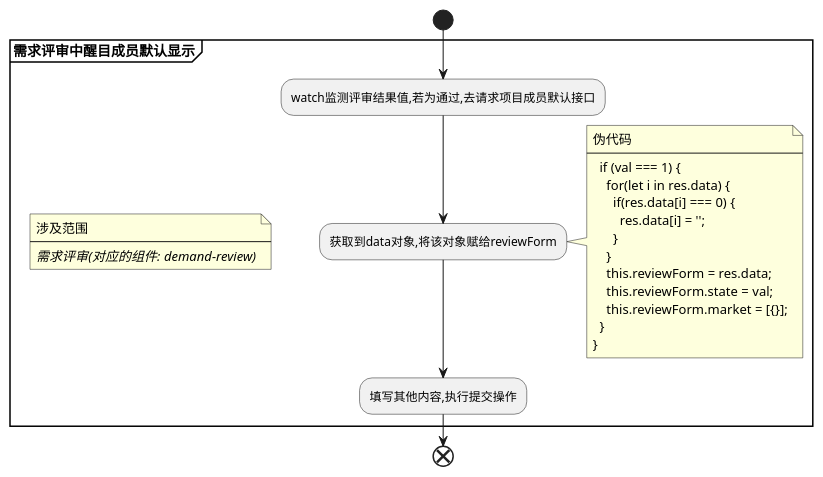
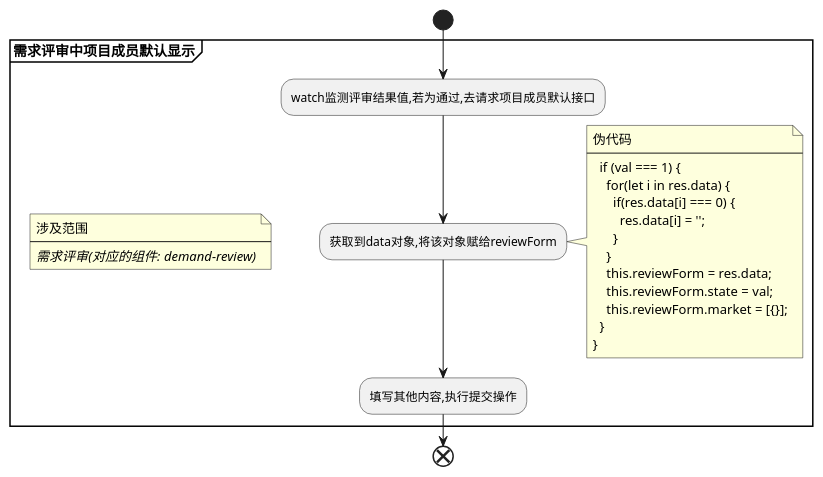
The first of 5 diagrams in docs/diagram/oct-demand.puml (futurekidult/product), drawn with PlantUML before and after one commit.

Commit message:
fix: update content

```diff
--- a/docs/diagram/oct-demand.puml
+++ b/docs/diagram/oct-demand.puml
@@ -1,31 +1,31 @@
 @startuml
 start
-partition **需求评审中醒目成员默认显示** {
+partition **需求评审中项目成员默认显示** {
   note
     涉及范围
     ----
     //需求评审(对应的组件: demand-review)//
   end note
 
   :watch监测评审结果值,若为通过,去请求项目成员默认接口;
   :获取到data对象,将该对象赋给reviewForm;
   note right
     伪代码
     ----
      'reviewForm.state'(val) {
       if (val === 1) {
         for(let i in res.data) {
           if(res.data[i] === 0) {
             res.data[i] = '';
           }  
         }
         this.reviewForm = res.data;
         this.reviewForm.state = val;
         this.reviewForm.market = [{}];
       }
     }
   end note
   :填写其他内容,执行提交操作;
 }
 end 
 @enduml
```
